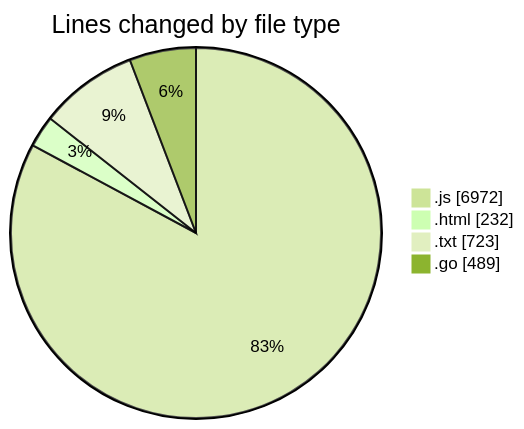
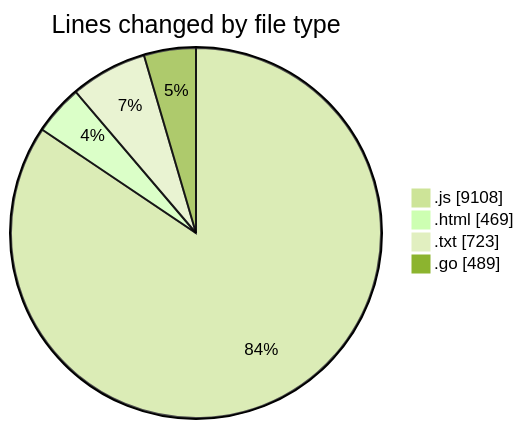
The first of 2 diagrams in 2025-03-03/kart-online/README.md (robertbonfada/code-tracking), drawn with Mermaid (forest theme) before and after one commit. The commit also changed other lines of this file and 1 other file, not shown here.

````diff
--- a/2025-03-03/kart-online/README.md
+++ b/2025-03-03/kart-online/README.md
@@ -39,8 +41,8 @@
 ```mermaid
 pie showData
 title Lines changed by file type
-".js" : 6972
-".html" : 232
+".js" : 9108
+".html" : 469
 ".txt" : 723
 ".go" : 489
 ```
````
